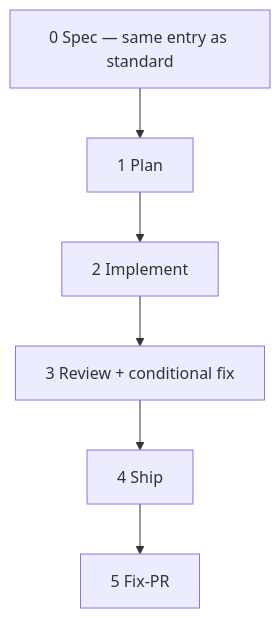
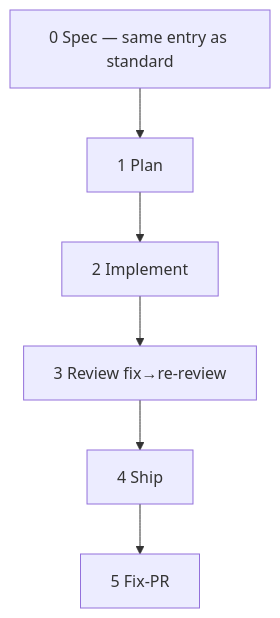
One commit to jpolvora/workflow-skills changed the third of 6 diagrams in .agents/skills/ws-spec-to-pr/DIAGRAM.md. Above: the diagram before and after it, drawn with Mermaid. The commit also changed other lines of this file and 69 other files, not shown here.

````diff
--- a/.agents/skills/ws-spec-to-pr/DIAGRAM.md
+++ b/.agents/skills/ws-spec-to-pr/DIAGRAM.md
@@ -47,8 +47,8 @@
 ```mermaid
 flowchart TD
   L0[0 Spec — same entry as standard] --> L1[1 Plan]
   L1 --> L2[2 Implement]
-  L2 --> L3[3 Review + conditional fix]
+  L2 --> L3[3 Review fix→re-review]
   L3 --> L4[4 Ship]
   L4 --> L5[5 Fix-PR]
 ```
````
